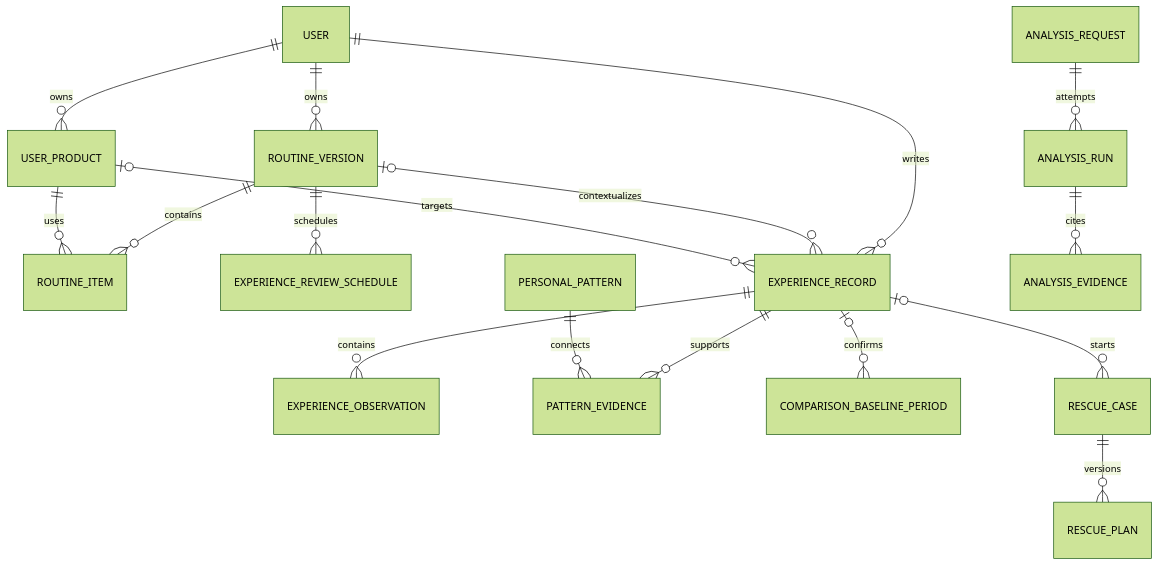
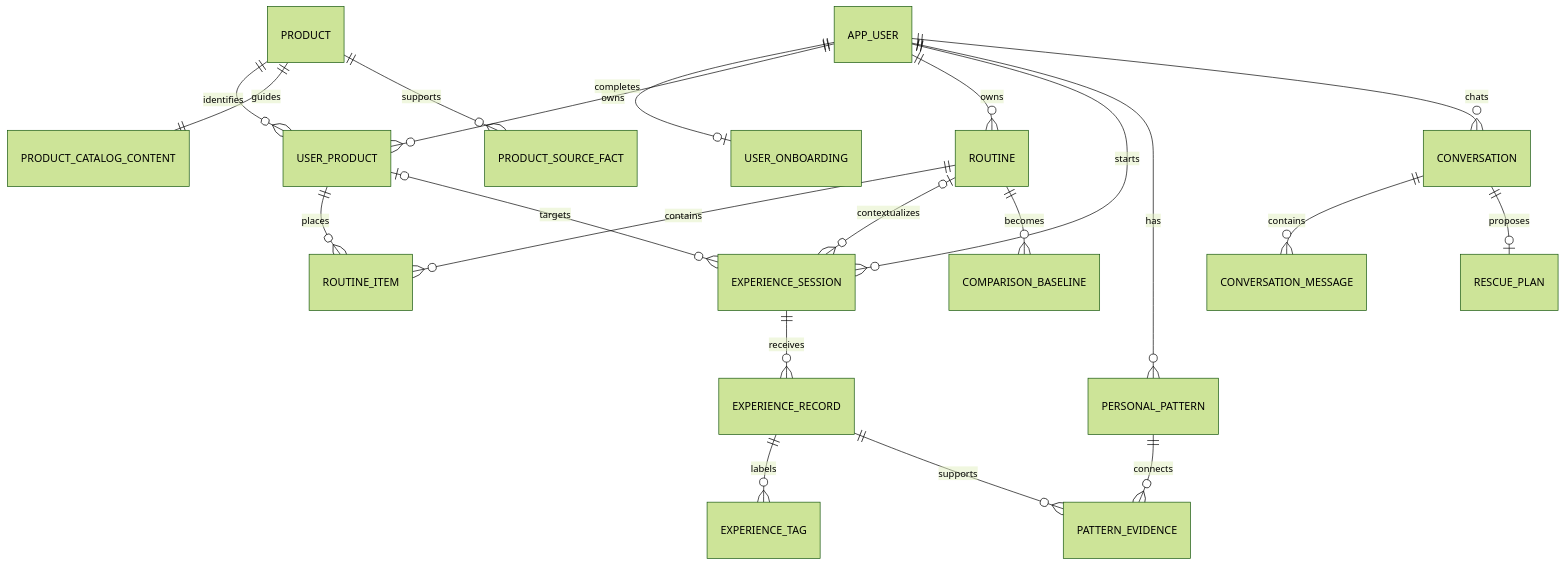
Before and after one commit to Sehoon-Jeong/app: the diagram in docs/06-data-model/README.md, drawn with Mermaid (forest theme). The commit also changed other lines of this file and 109 other files, not shown here.

````diff
--- a/docs/06-data-model/README.md
+++ b/docs/06-data-model/README.md
@@ -19,19 +9,23 @@
 ```mermaid
 erDiagram
-  USER ||--o{ USER_PRODUCT : owns
-  USER ||--o{ ROUTINE_VERSION : owns
-  ROUTINE_VERSION ||--o{ ROUTINE_ITEM : contains
-  USER_PRODUCT ||--o{ ROUTINE_ITEM : uses
-  ROUTINE_VERSION ||--o{ EXPERIENCE_REVIEW_SCHEDULE : schedules
-  USER ||--o{ EXPERIENCE_RECORD : writes
-  ROUTINE_VERSION o|--o{ EXPERIENCE_RECORD : contextualizes
-  USER_PRODUCT o|--o{ EXPERIENCE_RECORD : targets
-  EXPERIENCE_RECORD ||--o{ EXPERIENCE_OBSERVATION : contains
+  APP_USER ||--o| USER_ONBOARDING : completes
+  APP_USER ||--o{ USER_PRODUCT : owns
+  PRODUCT ||--o{ USER_PRODUCT : identifies
+  PRODUCT ||--|| PRODUCT_CATALOG_CONTENT : guides
+  PRODUCT ||--o{ PRODUCT_SOURCE_FACT : supports
+  APP_USER ||--o{ ROUTINE : owns
+  ROUTINE ||--o{ ROUTINE_ITEM : contains
+  USER_PRODUCT ||--o{ ROUTINE_ITEM : places
+  APP_USER ||--o{ EXPERIENCE_SESSION : starts
+  ROUTINE o|--o{ EXPERIENCE_SESSION : contextualizes
+  USER_PRODUCT o|--o{ EXPERIENCE_SESSION : targets
+  EXPERIENCE_SESSION ||--o{ EXPERIENCE_RECORD : receives
+  EXPERIENCE_RECORD ||--o{ EXPERIENCE_TAG : labels
+  ROUTINE ||--o{ COMPARISON_BASELINE : becomes
+  APP_USER ||--o{ PERSONAL_PATTERN : has
+  PERSONAL_PATTERN ||--o{ PATTERN_EVIDENCE : connects
   EXPERIENCE_RECORD ||--o{ PATTERN_EVIDENCE : supports
-  PERSONAL_PATTERN ||--o{ PATTERN_EVIDENCE : connects
-  EXPERIENCE_RECORD o|--o{ COMPARISON_BASELINE_PERIOD : confirms
-  EXPERIENCE_RECORD o|--o{ RESCUE_CASE : starts
-  RESCUE_CASE ||--o{ RESCUE_PLAN : versions
-  ANALYSIS_REQUEST ||--o{ ANALYSIS_RUN : attempts
-  ANALYSIS_RUN ||--o{ ANALYSIS_EVIDENCE : cites
+  APP_USER ||--o{ CONVERSATION : chats
+  CONVERSATION ||--o{ CONVERSATION_MESSAGE : contains
+  CONVERSATION ||--o| RESCUE_PLAN : proposes
 ```
````
